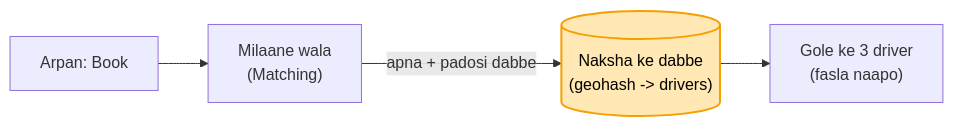
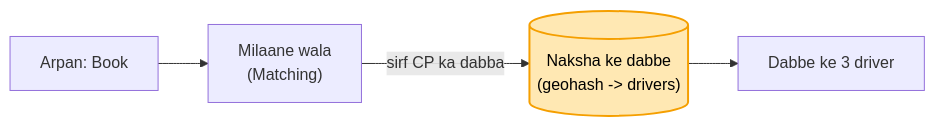
One commit to ArpanMaheshwari144/Prep changed the third of 14 diagrams in 04_HLD/SYSTEM_DESIGNS/15_uber/15_uber.md. Above: the diagram before and after it, drawn with Mermaid. The commit also changed other lines of this file and 17 other files, not shown here.

Commit message:
HLD: 17 main files hand notes se milaye (har block alag section, kahani + asli naam, mermaid), technical naam bhi rakhe

````diff
--- a/04_HLD/SYSTEM_DESIGNS/15_uber/15_uber.md
+++ b/04_HLD/SYSTEM_DESIGNS/15_uber/15_uber.md
@@ -69,7 +62,7 @@
 ```mermaid
 flowchart LR
     A["Arpan: Book"] --> M["Milaane wala<br/>(Matching)"]
-    M -- "apna + padosi dabbe" --> G[("Naksha ke dabbe<br/>(geohash -> drivers)")]
-    G --> R["Gole ke 3 driver<br/>(fasla naapo)"]
+    M -- "sirf CP ka dabba" --> G[("Naksha ke dabbe<br/>(geohash -> drivers)")]
+    G --> R["Dabbe ke 3 driver"]
     style G fill:#ffe8b3,stroke:#f59f00,stroke-width:2px,color:#000
 ```
````
